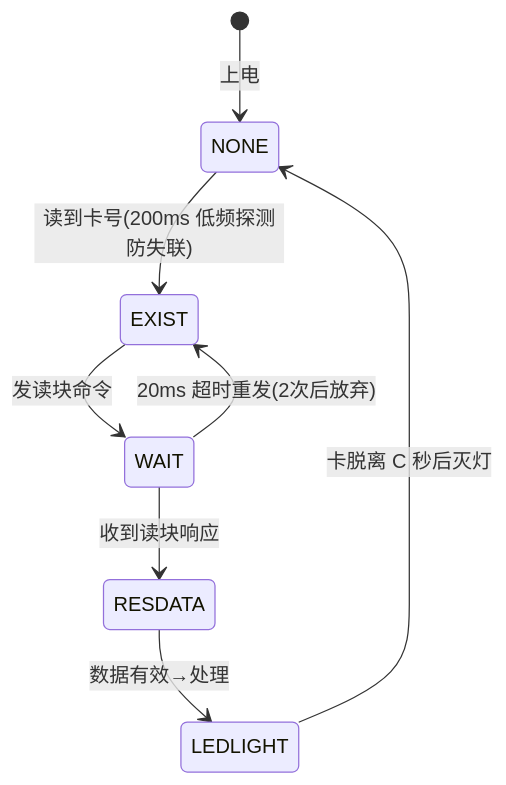
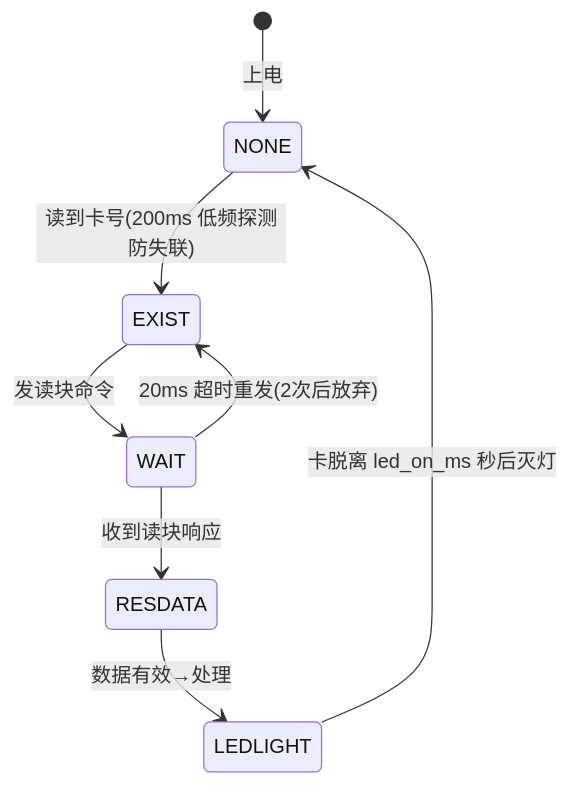
One commit to KNedwin/stm32-esp32-ai-test-car changed the third of 4 diagrams in docs/知识库/esp32_tts_baremetal/03_系统架构.md. Above: the diagram before and after it, drawn with Mermaid. The commit also changed other lines of this file and 205 other files, not shown here.

````diff
--- a/docs/知识库/esp32_tts_baremetal/03_系统架构.md
+++ b/docs/知识库/esp32_tts_baremetal/03_系统架构.md
@@ -36,10 +42,10 @@
 ```mermaid
 stateDiagram-v2
     [*] --> NONE: 上电
     NONE --> EXIST: 读到卡号(200ms 低频探测防失联)
     EXIST --> WAIT: 发读块命令
     WAIT --> EXIST: 20ms 超时重发(2次后放弃)
     WAIT --> RESDATA: 收到读块响应
     RESDATA --> LEDLIGHT: 数据有效→处理
-    LEDLIGHT --> NONE: 卡脱离 C 秒后灭灯
+    LEDLIGHT --> NONE: 卡脱离 led_on_ms 秒后灭灯
 ```
````
